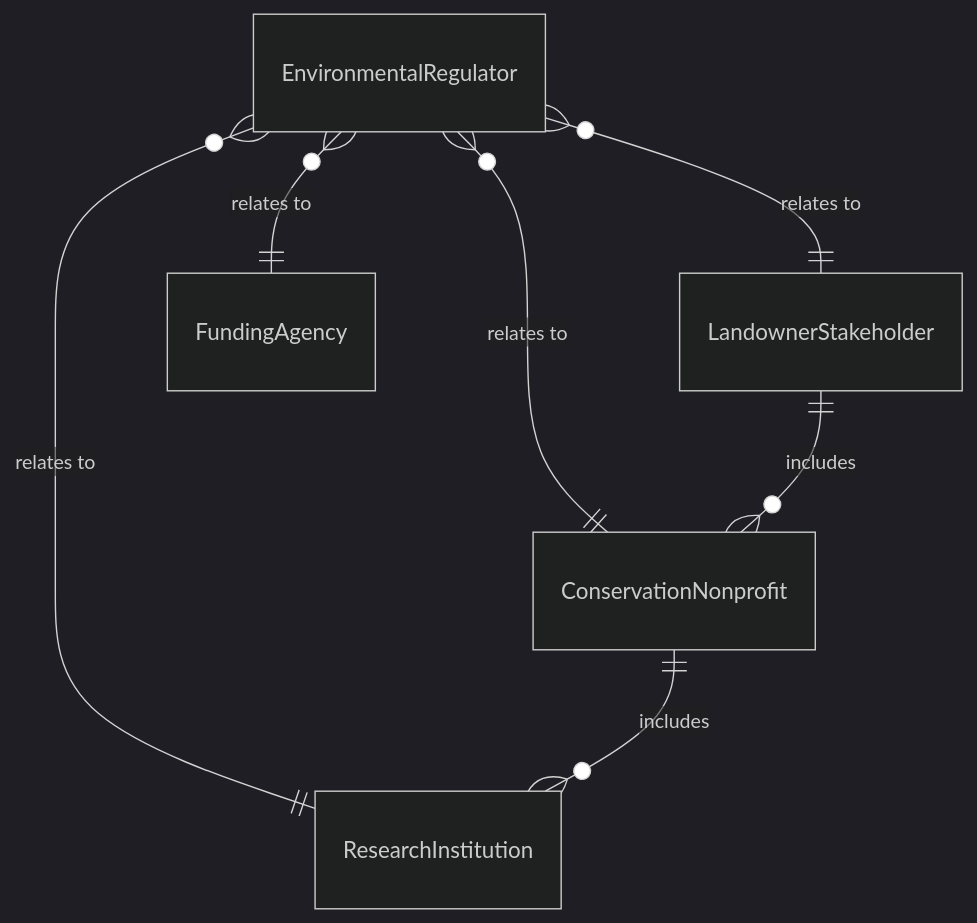
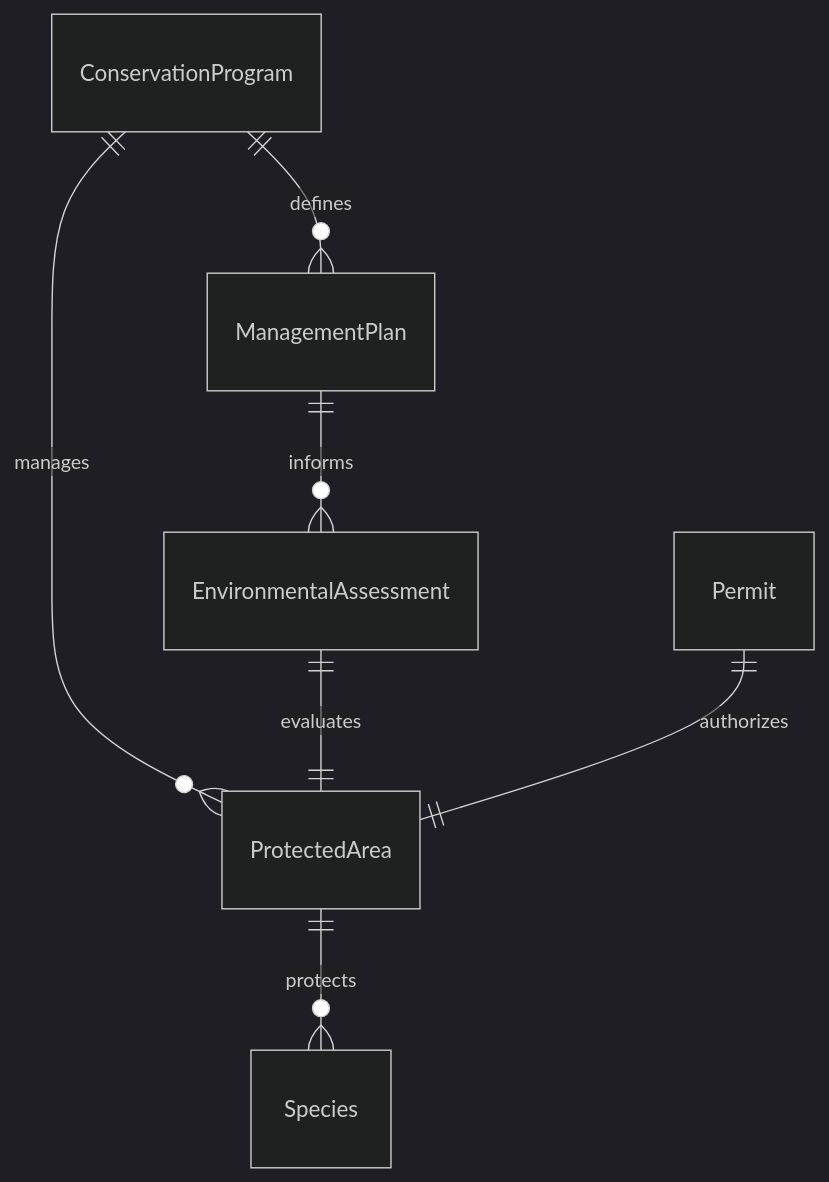
The first of 4 diagrams in GuidingDirectingAndMotivatingSubordinates/DirectScientificOrTechnicalActivities/DirectNaturalResourcesManagementConservation.mdx (dot-org-ai/tasks.org.ai), drawn with Mermaid (dark theme) before and after one commit. The commit also changed other lines of this file and 515 other files, not shown here.

````diff
--- a/GuidingDirectingAndMotivatingSubordinates/DirectScientificOrTechnicalActivities/DirectNaturalResourcesManagementConservation.mdx
+++ b/GuidingDirectingAndMotivatingSubordinates/DirectScientificOrTechnicalActivities/DirectNaturalResourcesManagementConservation.mdx
@@ -88,9 +88,9 @@
 ```mermaid
 erDiagram
-    EnvironmentalRegulator }o--|| LandownerStakeholder : "relates to"
-    EnvironmentalRegulator }o--|| ConservationNonprofit : "relates to"
-    EnvironmentalRegulator }o--|| ResearchInstitution : "relates to"
-    EnvironmentalRegulator }o--|| FundingAgency : "relates to"
-    LandownerStakeholder ||--o{ ConservationNonprofit : includes
-    ConservationNonprofit ||--o{ ResearchInstitution : includes
+    ConservationProgram ||--o{ ManagementPlan : "defines"
+    ConservationProgram ||--o{ ProtectedArea : "manages"
+    EnvironmentalAssessment ||--|| ProtectedArea : "evaluates"
+    ProtectedArea ||--o{ Species : "protects"
+    Permit ||--|| ProtectedArea : "authorizes"
+    ManagementPlan ||--o{ EnvironmentalAssessment : "informs"
 ```
````
